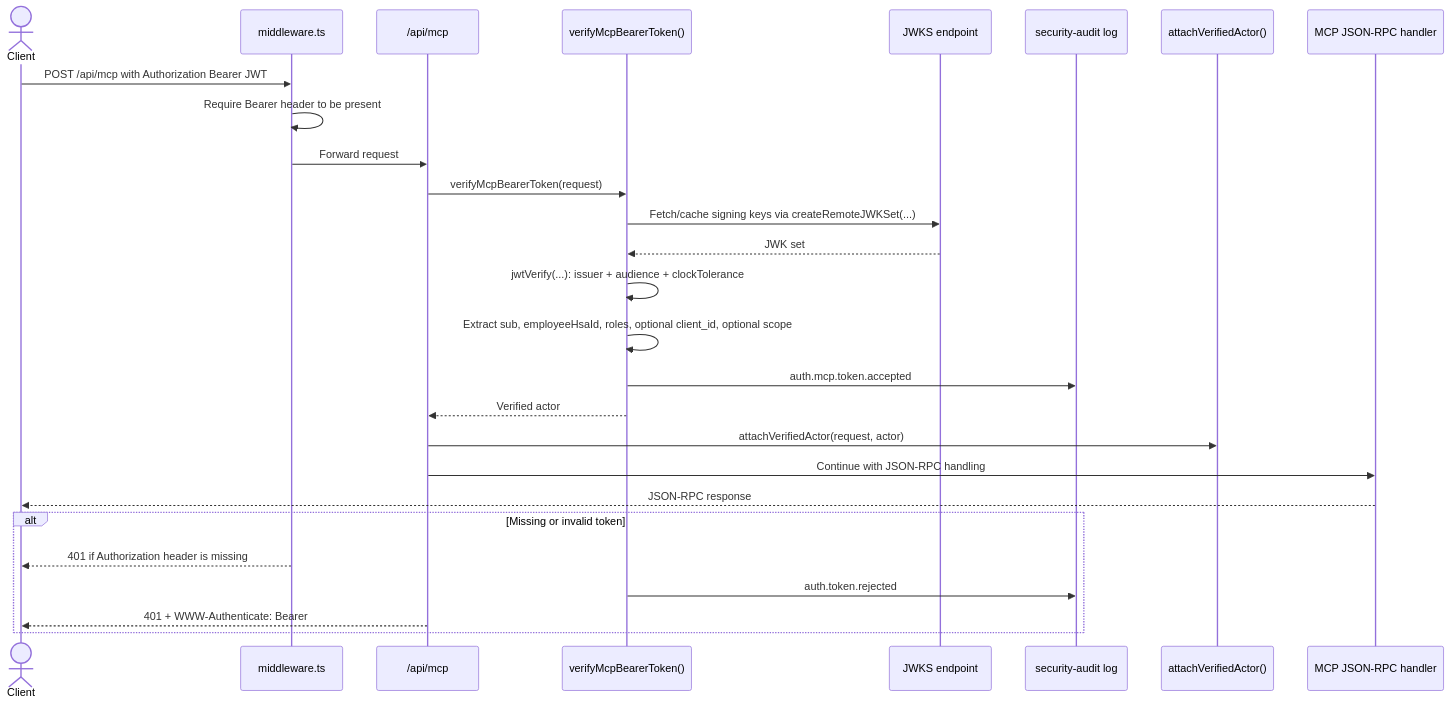
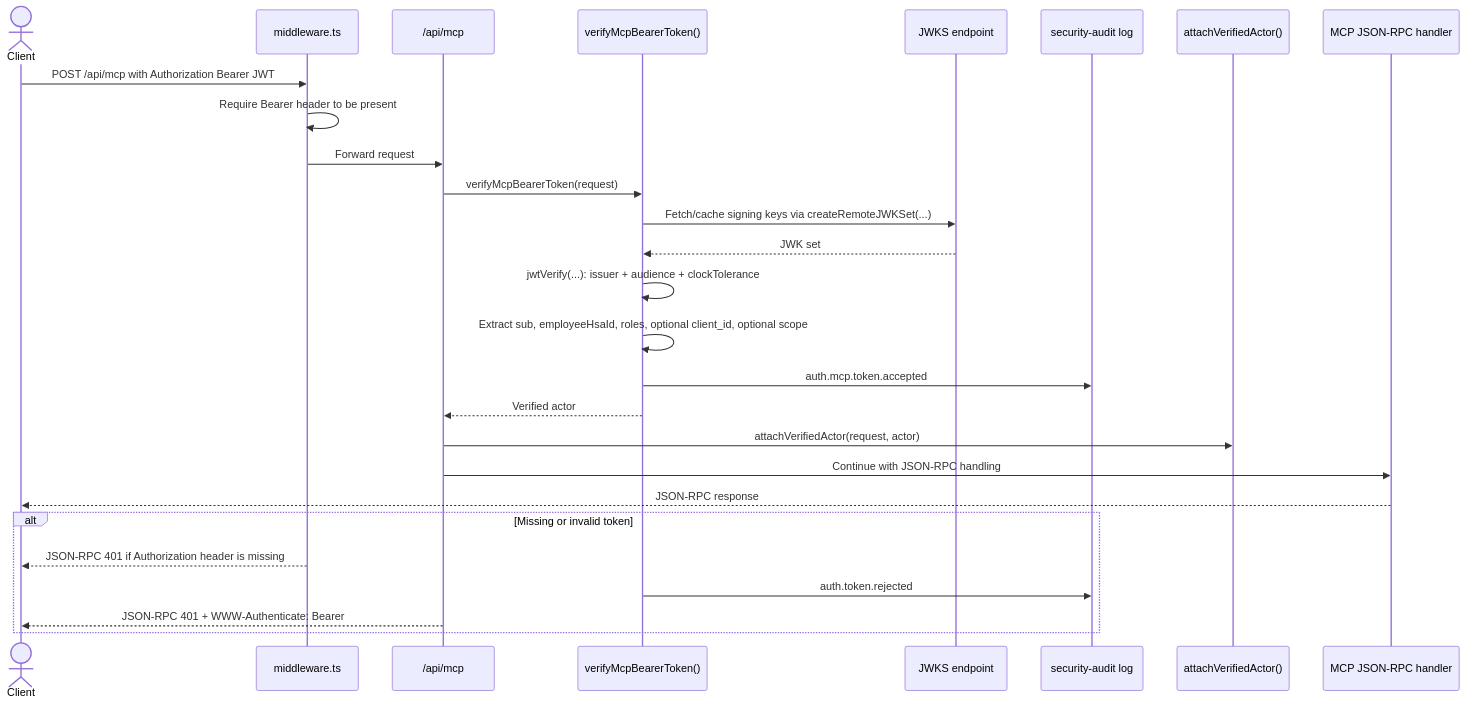
The second of 3 diagrams in docs/auth-how-it-works.md (viscalyx/Kravhantering), drawn with Mermaid before and after one commit. The commit also changed other lines of this file and 20 other files, not shown here.

````diff
--- a/docs/auth-how-it-works.md
+++ b/docs/auth-how-it-works.md
@@ -141,31 +141,31 @@
 ```mermaid
 sequenceDiagram
     actor Client
     participant Middleware as middleware.ts
     participant Route as /api/mcp
     participant Verify as verifyMcpBearerToken()
     participant JWKS as JWKS endpoint
     participant Audit as security-audit log
     participant Attach as attachVerifiedActor()
     participant Handler as MCP JSON-RPC handler
 
     Client->>Middleware: POST /api/mcp with Authorization Bearer JWT
     Middleware->>Middleware: Require Bearer header to be present
     Middleware->>Route: Forward request
     Route->>Verify: verifyMcpBearerToken(request)
     Verify->>JWKS: Fetch/cache signing keys via createRemoteJWKSet(...)
     JWKS-->>Verify: JWK set
     Verify->>Verify: jwtVerify(...): issuer + audience + clockTolerance
     Verify->>Verify: Extract sub, employeeHsaId, roles, optional client_id, optional scope
     Verify->>Audit: auth.mcp.token.accepted
     Verify-->>Route: Verified actor
     Route->>Attach: attachVerifiedActor(request, actor)
     Route->>Handler: Continue with JSON-RPC handling
     Handler-->>Client: JSON-RPC response
 
     alt Missing or invalid token
-        Middleware-->>Client: 401 if Authorization header is missing
+        Middleware-->>Client: JSON-RPC 401 if Authorization header is missing
         Verify->>Audit: auth.token.rejected
-        Route-->>Client: 401 + WWW-Authenticate: Bearer
+        Route-->>Client: JSON-RPC 401 + WWW-Authenticate: Bearer
     end
 ```
````
